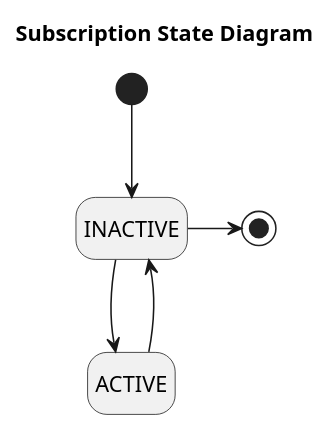
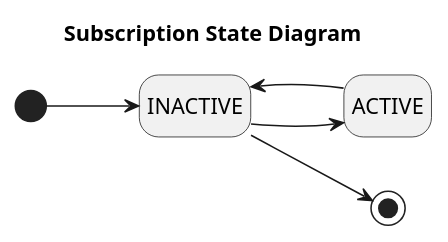
Before and after one commit to zainfathoni/kelas.rumahberbagi.com: the diagram in docs/diagrams/subscription-state.puml, drawn with PlantUML. The commit also changed 1 other file, not shown here.

Commit message:
docs: change state diagrams direction from left to right

```diff
--- a/docs/diagrams/subscription-state.puml
+++ b/docs/diagrams/subscription-state.puml
@@ -1,9 +1,10 @@
 @startuml "Subscription State Diagram"
 title Subscription State Diagram
 hide empty description
+left to right direction
 
 [*] --> INACTIVE
 INACTIVE --> ACTIVE
 ACTIVE --> INACTIVE
-INACTIVE -right-> [*]
+INACTIVE --> [*]
 @enduml
```
